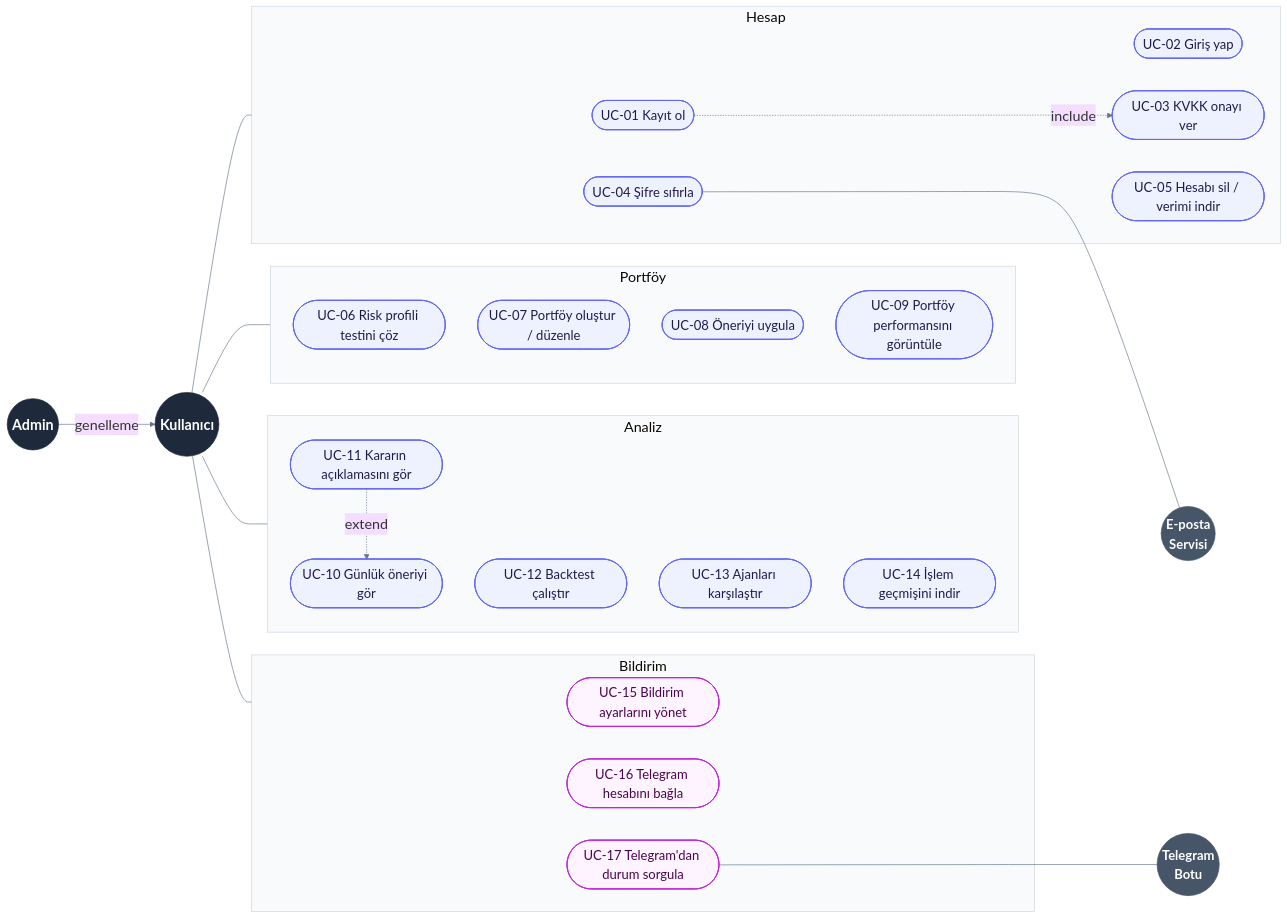
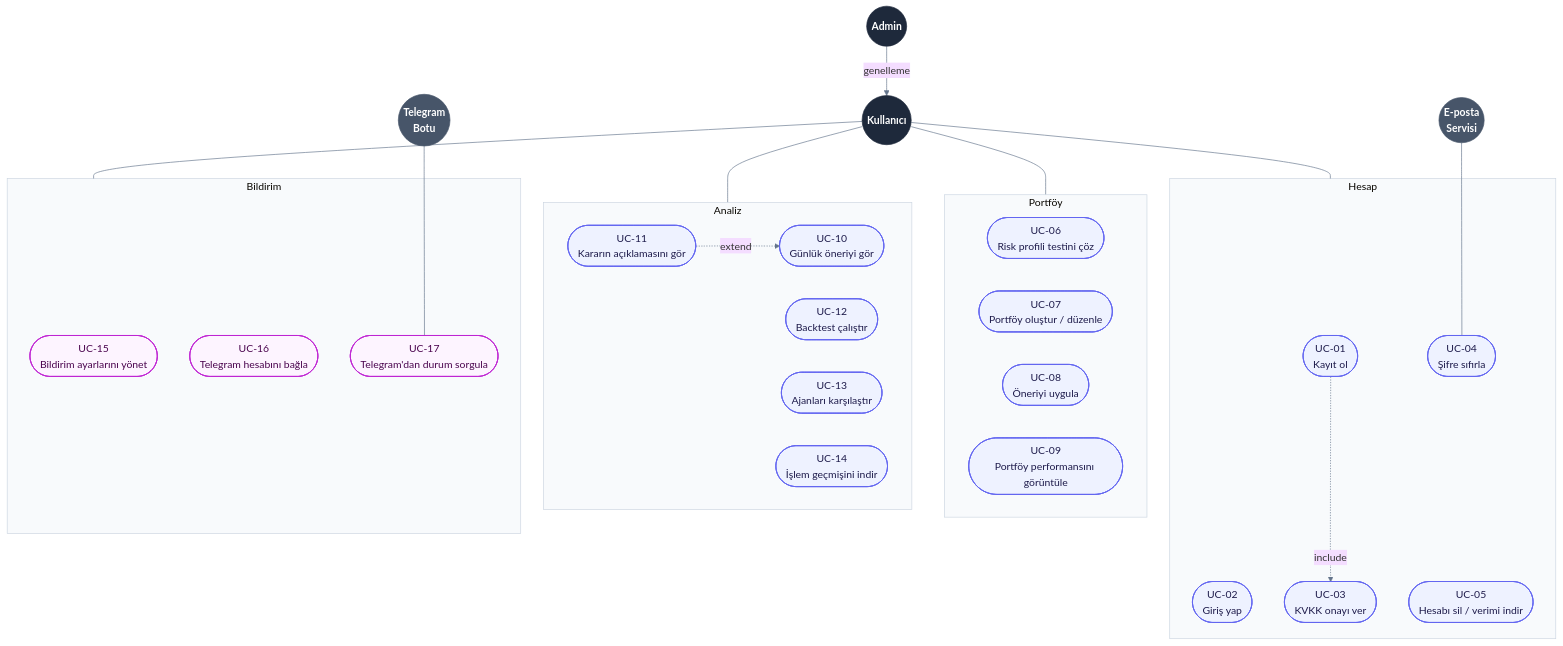
Before and after one commit to isambais/portfoyai: the first of 2 diagrams in docs/diagrams/use_case.md, drawn with Mermaid. The commit also changed other lines of this file, not shown here.

Commit message:
docs: make use case diagram compact

````diff
--- a/docs/diagrams/use_case.md
+++ b/docs/diagrams/use_case.md
@@ -12,62 +12,65 @@
 ```mermaid
-%%{init: {'theme':'base', 'themeVariables': {'fontSize':'22px', 'fontFamily':'Arial', 'lineColor':'#64748B', 'clusterBkg':'#F8FAFC', 'clusterBorder':'#CBD5E1'}}}%%
-flowchart LR
-    %% ================= AKTÖRLER =================
+%%{init: {'theme':'base', 'themeVariables': {'fontFamily':'Arial', 'lineColor':'#64748B', 'clusterBkg':'#F8FAFC', 'clusterBorder':'#CBD5E1'}}}%%
+flowchart TB
+    %% ================= AKTÖRLER (üst sıra) =================
     A((Admin))
     U((Kullanıcı))
     T((Telegram<br/>Botu))
     E((E-posta<br/>Servisi))
 
     %% ================= GRUPLAR =================
     subgraph G1[" Hesap "]
-        UC01([UC-01 Kayıt ol])
-        UC02([UC-02 Giriş yap])
-        UC03([UC-03 KVKK onayı ver])
-        UC04([UC-04 Şifre sıfırla])
-        UC05([UC-05 Hesabı sil / verimi indir])
+        UC01([UC-01<br/>Kayıt ol])
+        UC02([UC-02<br/>Giriş yap])
+        UC03([UC-03<br/>KVKK onayı ver])
+        UC04([UC-04<br/>Şifre sıfırla])
+        UC05([UC-05<br/>Hesabı sil / verimi indir])
     end
 
     subgraph G2[" Portföy "]
-        UC06([UC-06 Risk profili testini çöz])
-        UC07([UC-07 Portföy oluştur / düzenle])
-        UC08([UC-08 Öneriyi uygula])
-        UC09([UC-09 Portföy performansını görüntüle])
+        UC06([UC-06<br/>Risk profili testini çöz])
+        UC07([UC-07<br/>Portföy oluştur / düzenle])
+        UC08([UC-08<br/>Öneriyi uygula])
+        UC09([UC-09<br/>Portföy performansını görüntüle])
     end
 
     subgraph G3[" Analiz "]
-        UC10([UC-10 Günlük öneriyi gör])
-        UC11([UC-11 Kararın açıklamasını gör])
-        UC12([UC-12 Backtest çalıştır])
-        UC13([UC-13 Ajanları karşılaştır])
-        UC14([UC-14 İşlem geçmişini indir])
+        UC10([UC-10<br/>Günlük öneriyi gör])
+        UC11([UC-11<br/>Kararın açıklamasını gör])
+        UC12([UC-12<br/>Backtest çalıştır])
+        UC13([UC-13<br/>Ajanları karşılaştır])
+        UC14([UC-14<br/>İşlem geçmişini indir])
     end
 
     subgraph G4[" Bildirim "]
-        UC15([UC-15 Bildirim ayarlarını yönet])
-        UC16([UC-16 Telegram hesabını bağla])
-        UC17([UC-17 Telegram'dan durum sorgula])
+        UC15([UC-15<br/>Bildirim ayarlarını yönet])
+        UC16([UC-16<br/>Telegram hesabını bağla])
+        UC17([UC-17<br/>Telegram'dan durum sorgula])
     end
 
     %% ================= BAĞLANTILAR =================
     A -- genelleme --> U
+    %% görünmez bağlantı: dış sistemleri Kullanıcı ile aynı sıraya koyar
+    A ~~~ T
+    A ~~~ E
     U --- G1
     U --- G2
     U --- G3
     U --- G4
-    UC17 --- T
-    UC04 --- E
+    T --- UC17
+    E --- UC04
 
     UC01 -. include .-> UC03
     UC11 -. extend .-> UC10
 
     %% ================= STİL =================
-    classDef actor fill:#1E293B,stroke:#1E293B,color:#FFFFFF,font-weight:bold,font-size:22px
-    classDef ext fill:#475569,stroke:#475569,color:#FFFFFF,font-weight:bold,font-size:20px
-    classDef uc fill:#EEF2FF,stroke:#6366F1,stroke-width:1.5px,color:#1E1B4B,font-size:20px
-    classDef notif fill:#FDF4FF,stroke:#C026D3,stroke-width:1.5px,color:#4A044E,font-size:20px
+    classDef actor fill:#1E293B,stroke:#1E293B,color:#FFFFFF,font-weight:bold
+    classDef ext fill:#475569,stroke:#475569,color:#FFFFFF,font-weight:bold
+    classDef uc fill:#EEF2FF,stroke:#6366F1,stroke-width:1.5px,color:#1E1B4B
+    classDef notif fill:#FDF4FF,stroke:#C026D3,stroke-width:1.5px,color:#4A044E
 
     class U,A actor
     class T,E ext
     class UC01,UC02,UC03,UC04,UC05,UC06,UC07,UC08,UC09,UC10,UC11,UC12,UC13,UC14 uc
     class UC15,UC16,UC17 notif
 ```
````
